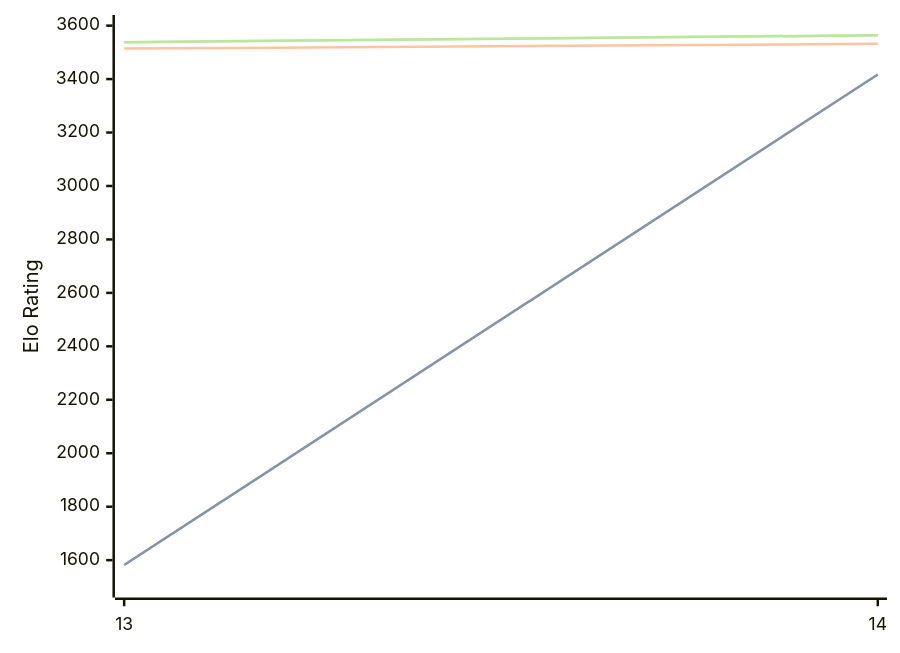
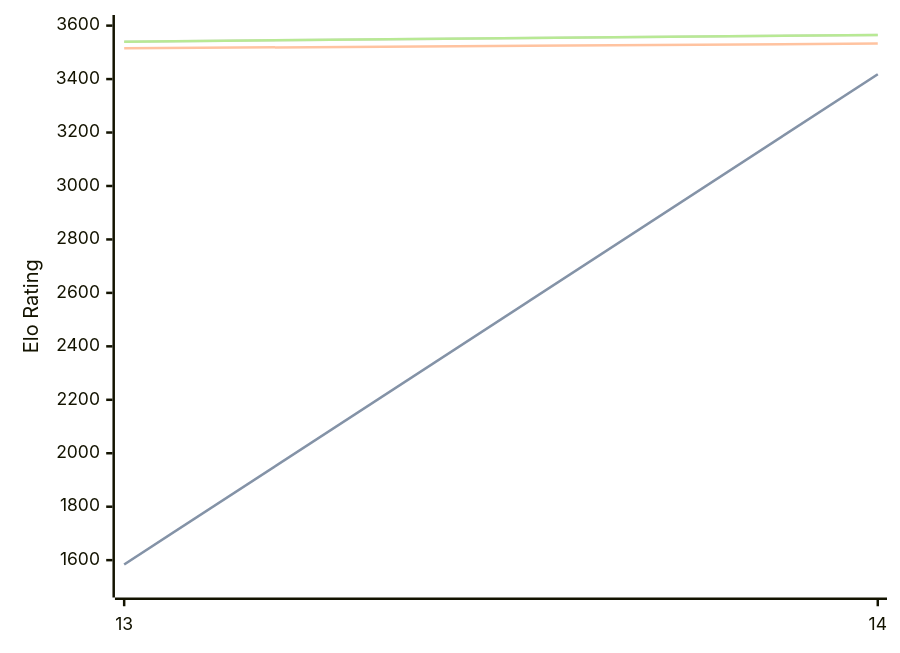
Before and after one commit to computer-chess-index/cci: the diagram in engines/Berserk.md, drawn with Mermaid. The commit also changed other lines of this file, not shown here.

Commit message:
Update CCI Ratings (ELO VLTC) - 2026-08-15

````diff
--- a/engines/Berserk.md
+++ b/engines/Berserk.md
@@ -33,11 +33,11 @@
 ```mermaid
 %%{init: {"theme":"base","themeVariables":{"seriesColors:['#a3a3a3','#222221','#faa371']}}}%%
 xychart-beta
   x-axis ["13", "14"]
   y-axis "Elo Rating" 1500 --> 3600
-  line "STC (8.0+0.08s)" [1582, 3417]
-  line "STC (8.0+0.08s)" [1582, 3417]
-  line "LTC (60.0+0.60s)" [3514, 3532]
-  line "VLTC (2m24s+1.12s)" [3538, 3564]
-  line "VLTC (2m24s+1.12s)" [3538, 3564]
+  line "STC (8.0+0.08s)" [1584, 3418]
+  line "STC (8.0+0.08s)" [1584, 3418]
+  line "LTC (60.0+0.60s)" [3515, 3533]
+  line "VLTC (2m24s+1.12s)" [3540, 3565]
+  line "VLTC (2m24s+1.12s)" [3540, 3565]
 ```
````
